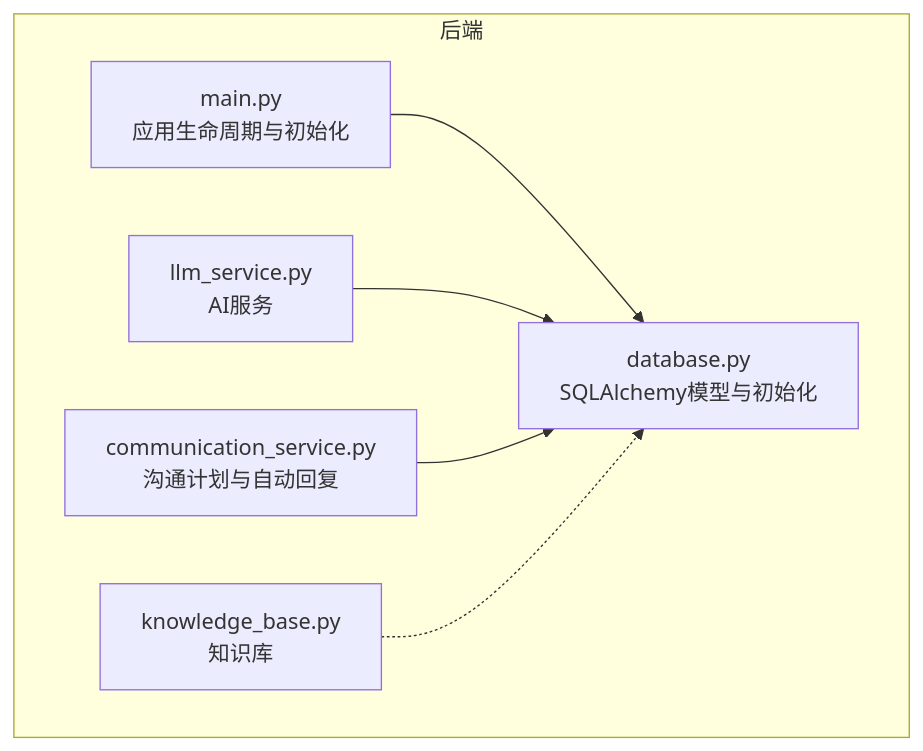
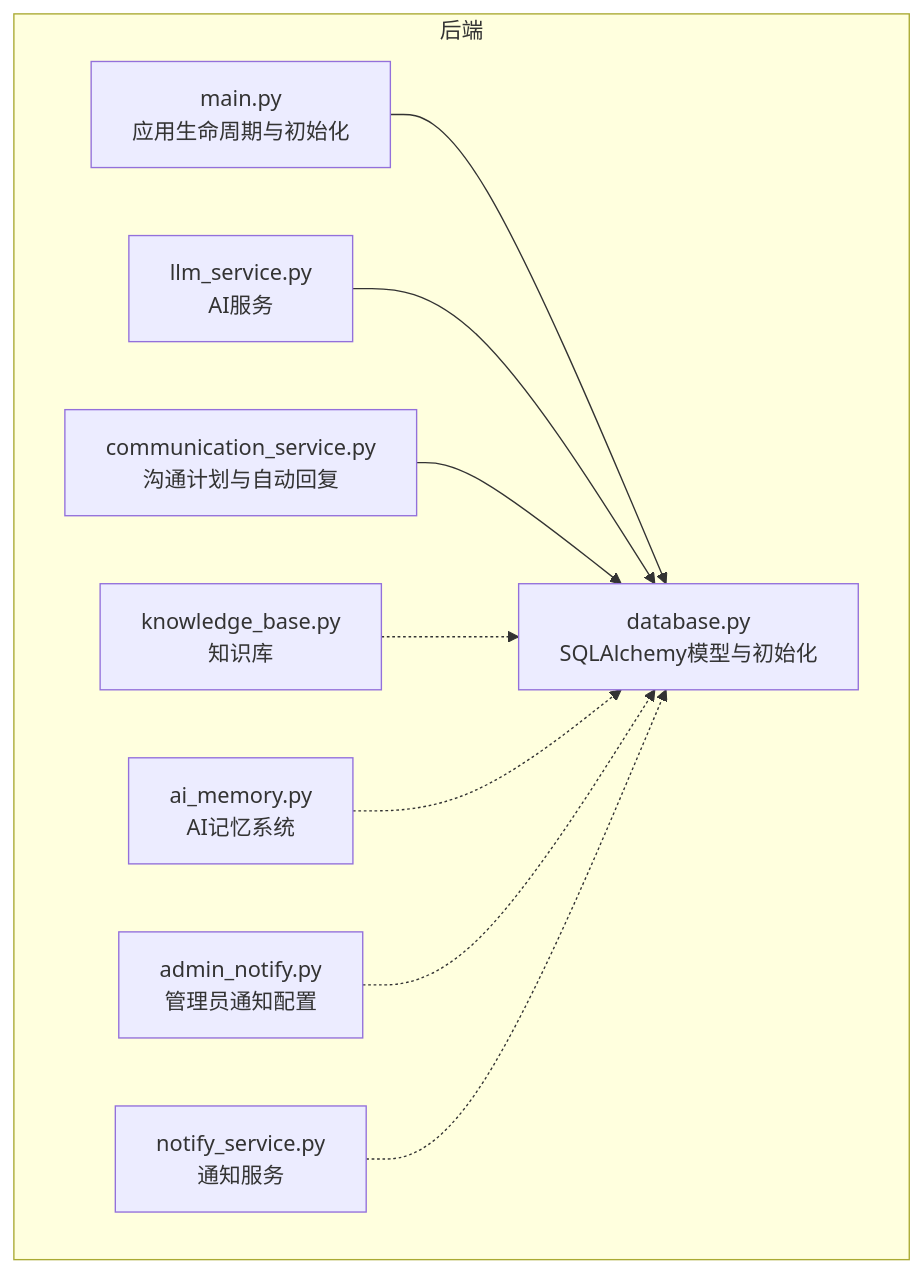
One commit to 2950730liao-hub/whatsapp-reply changed the first of 4 diagrams in .qoder/repowiki/zh/content/核心模块/数据库模型.md. Above: the diagram before and after it, drawn with Mermaid. The commit also changed other lines of this file and 15 other files, not shown here.

````diff
--- a/.qoder/repowiki/zh/content/核心模块/数据库模型.md
+++ b/.qoder/repowiki/zh/content/核心模块/数据库模型.md
@@ -30,14 +44,20 @@
 ```mermaid
 graph TB
 subgraph "后端"
 DB["database.py<br/>SQLAlchemy模型与初始化"]
 MAIN["main.py<br/>应用生命周期与初始化"]
 LLM["llm_service.py<br/>AI服务"]
 COMM["communication_service.py<br/>沟通计划与自动回复"]
 KB["knowledge_base.py<br/>知识库"]
+AIMEM["ai_memory.py<br/>AI记忆系统"]
+ADMINNOTIFY["admin_notify.py<br/>管理员通知配置"]
+NOTIFYSVC["notify_service.py<br/>通知服务"]
 end
 MAIN --> DB
 LLM --> DB
 COMM --> DB
 KB -.-> DB
+AIMEM -.-> DB
+ADMINNOTIFY -.-> DB
+NOTIFYSVC -.-> DB
 ```
````
